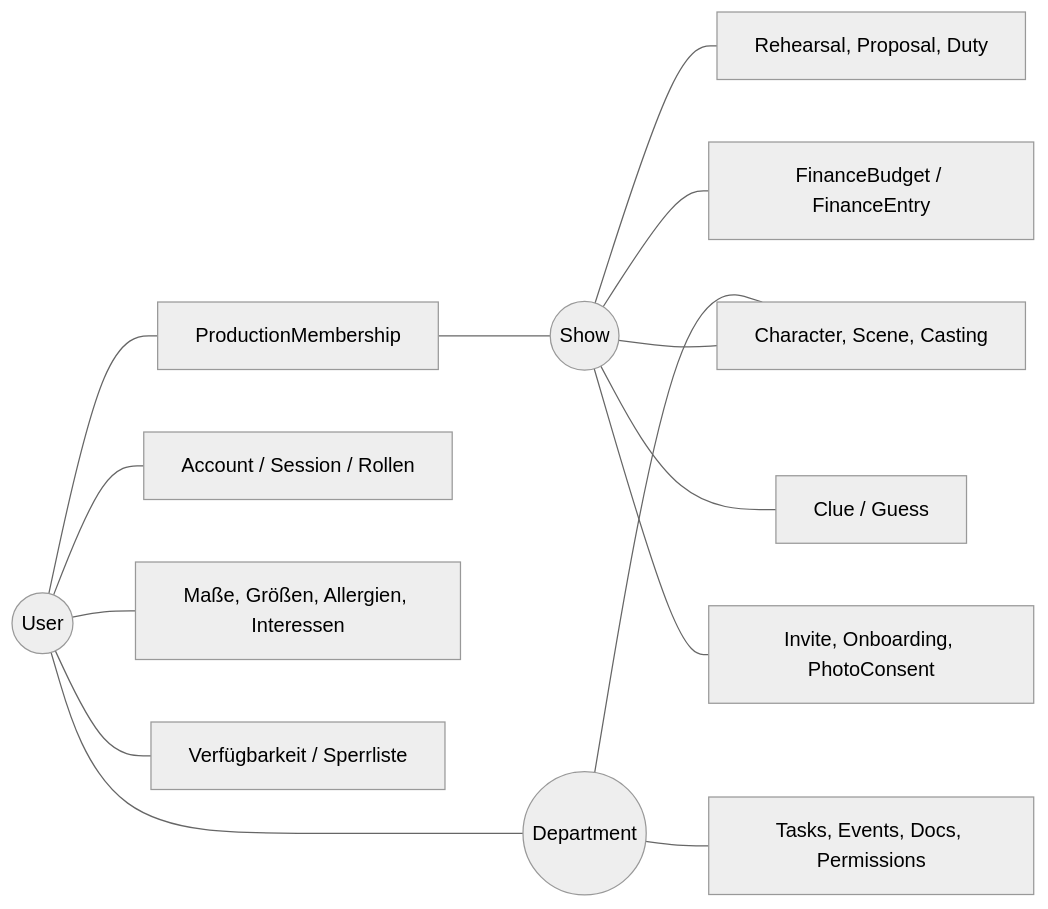
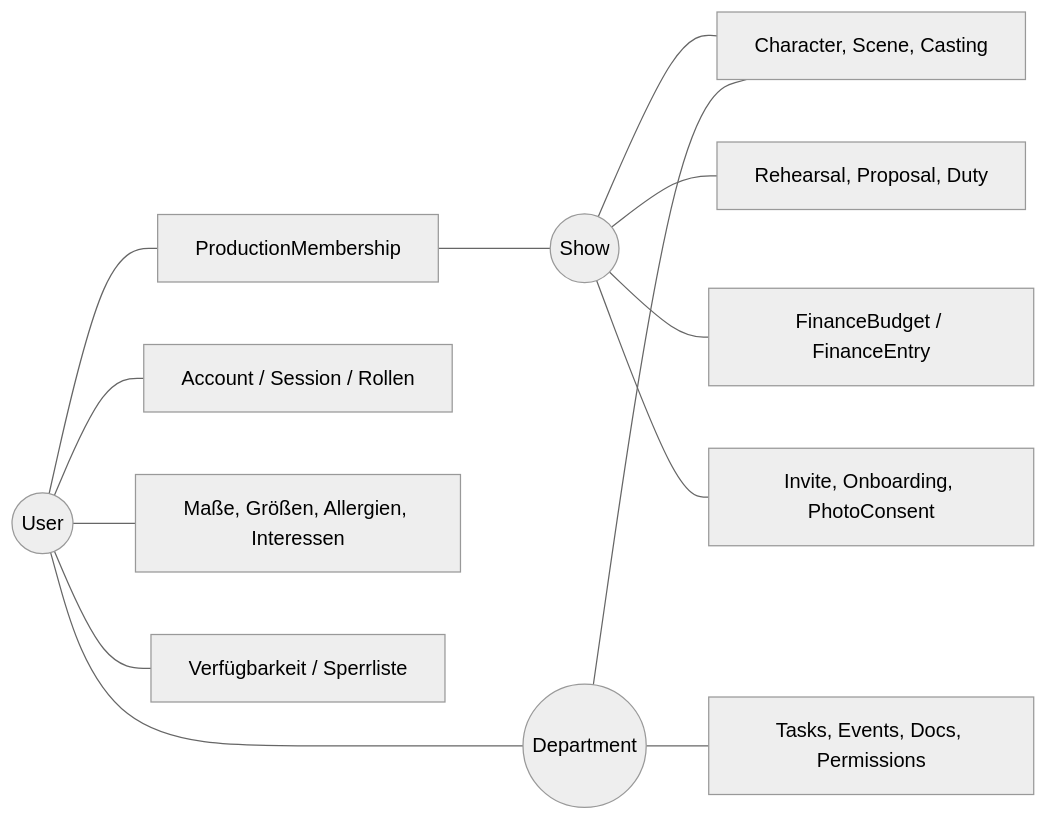
Before and after one commit to Schlossparktheater-Altrossthal/Website: the first of 6 diagrams in docs/datenmodell.md, drawn with Mermaid (neutral theme). The commit also changed other lines of this file and 12 other files, not shown here.

````diff
--- a/docs/datenmodell.md
+++ b/docs/datenmodell.md
@@ -19,15 +19,14 @@
 ```mermaid
 flowchart LR
     User((User)) --- PM[ProductionMembership] --- Show((Show))
     User --- Auth[Account / Session / Rollen]
     User --- Pers[Maße, Größen, Allergien, Interessen]
     User --- Avail[Verfügbarkeit / Sperrliste]
     Show --- Stueck[Character, Scene, Casting]
     Show --- Proben[Rehearsal, Proposal, Duty]
     Show --- Fin[FinanceBudget / FinanceEntry]
-    Show --- Myst[Clue / Guess]
     Show --- Onb[Invite, Onboarding, PhotoConsent]
     Dept((Department)) --- Stueck
     Dept --- DeptX[Tasks, Events, Docs, Permissions]
     User --- Dept
 ```
````
